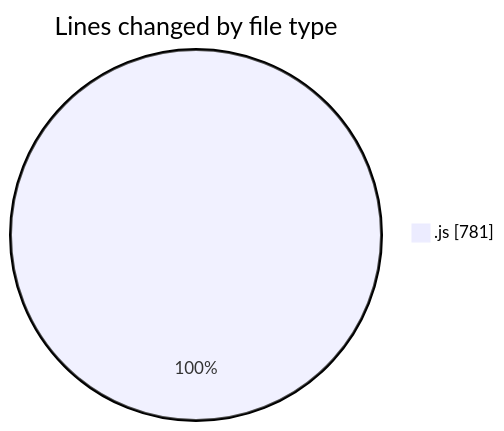
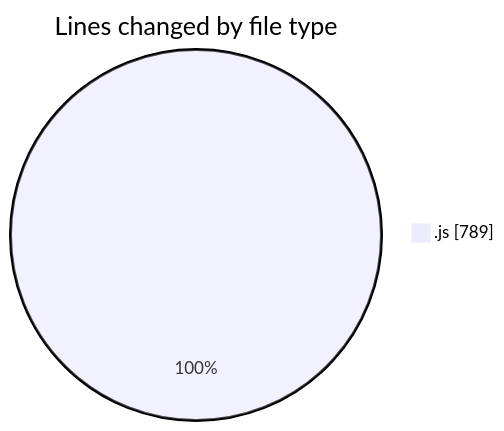
One commit to nxtqubesakshisongat/code-tracking changed the first of 2 diagrams in 2025-07-29/nxtqube_webapp/README.md. Above: the diagram before and after it, drawn with Mermaid. The commit also changed other lines of this file and 1 other file, not shown here.

````diff
--- a/2025-07-29/nxtqube_webapp/README.md
+++ b/2025-07-29/nxtqube_webapp/README.md
@@ -22,5 +22,5 @@
 ```mermaid
 pie showData
 title Lines changed by file type
-".js" : 781
+".js" : 789
 ```
````
